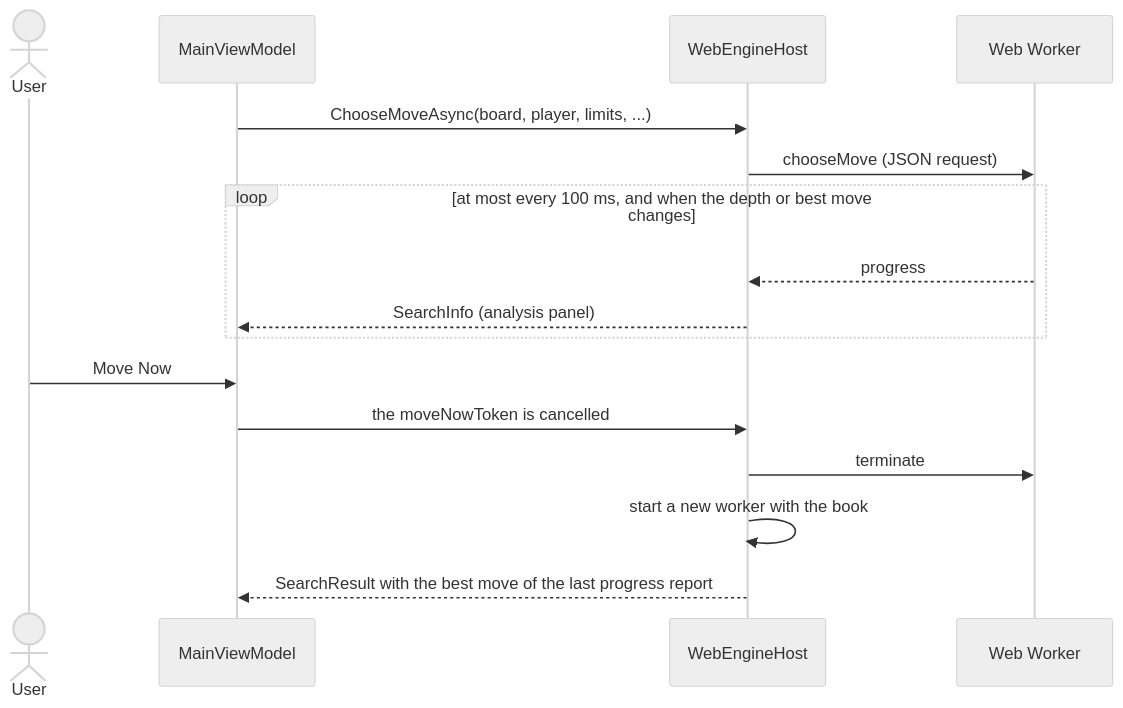
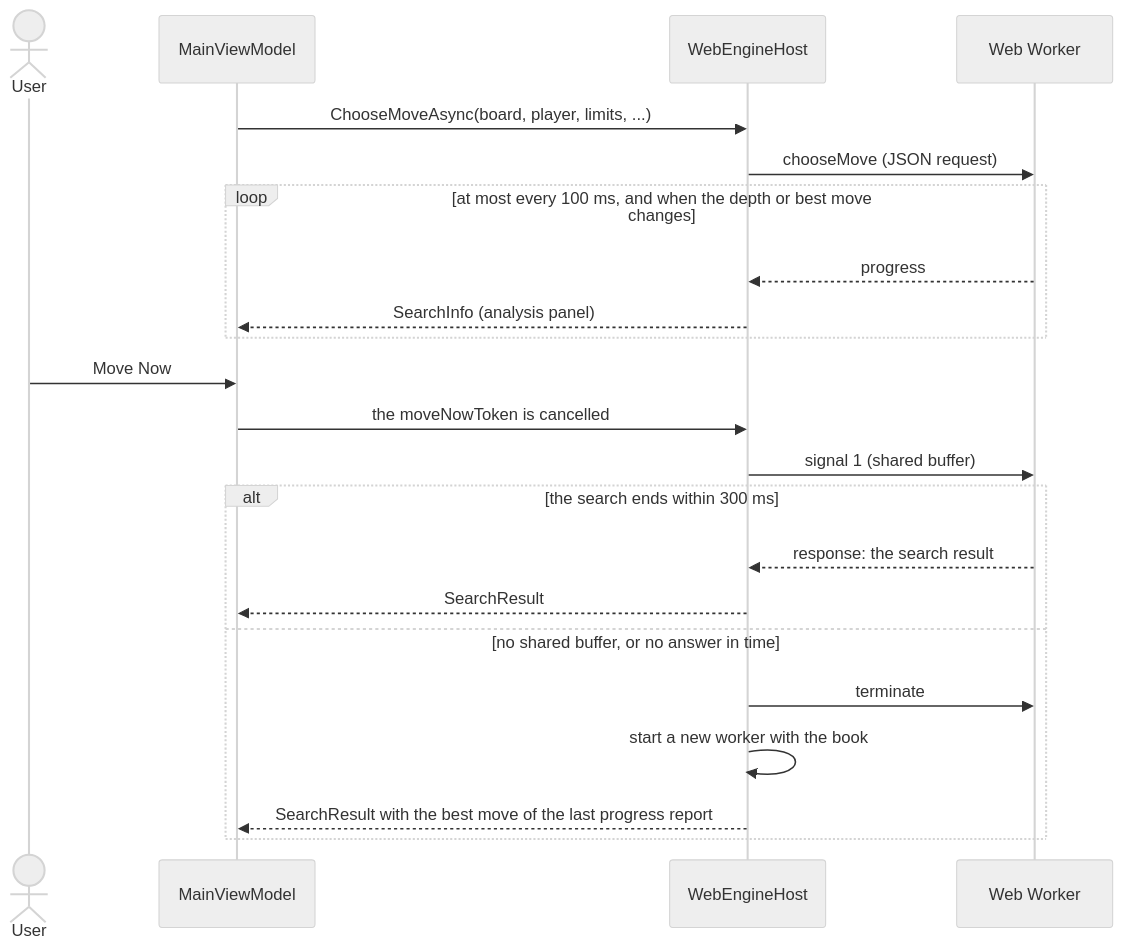
The fourth of 5 diagrams in docs/brain/14-app-integration.md (cjp-dev/Stello), drawn with Mermaid (neutral theme) before and after one commit. The commit also changed other lines of this file and 12 other files, not shown here.

````diff
--- a/docs/brain/14-app-integration.md
+++ b/docs/brain/14-app-integration.md
@@ -153,18 +170,24 @@
 ```mermaid
 sequenceDiagram
     actor User
     participant VM as MainViewModel
     participant Host as WebEngineHost
     participant W as Web Worker
     VM->>Host: ChooseMoveAsync(board, player, limits, ...)
     Host->>W: chooseMove (JSON request)
     loop at most every 100 ms, and when the depth or best move changes
         W-->>Host: progress
         Host-->>VM: SearchInfo (analysis panel)
     end
     User->>VM: Move Now
     VM->>Host: the moveNowToken is cancelled
-    Host->>W: terminate
-    Host->>Host: start a new worker with the book
-    Host-->>VM: SearchResult with the best move of the last progress report
+    Host->>W: signal 1 (shared buffer)
+    alt the search ends within 300 ms
+        W-->>Host: response: the search result
+        Host-->>VM: SearchResult
+    else no shared buffer, or no answer in time
+        Host->>W: terminate
+        Host->>Host: start a new worker with the book
+        Host-->>VM: SearchResult with the best move of the last progress report
+    end
 ```
````
